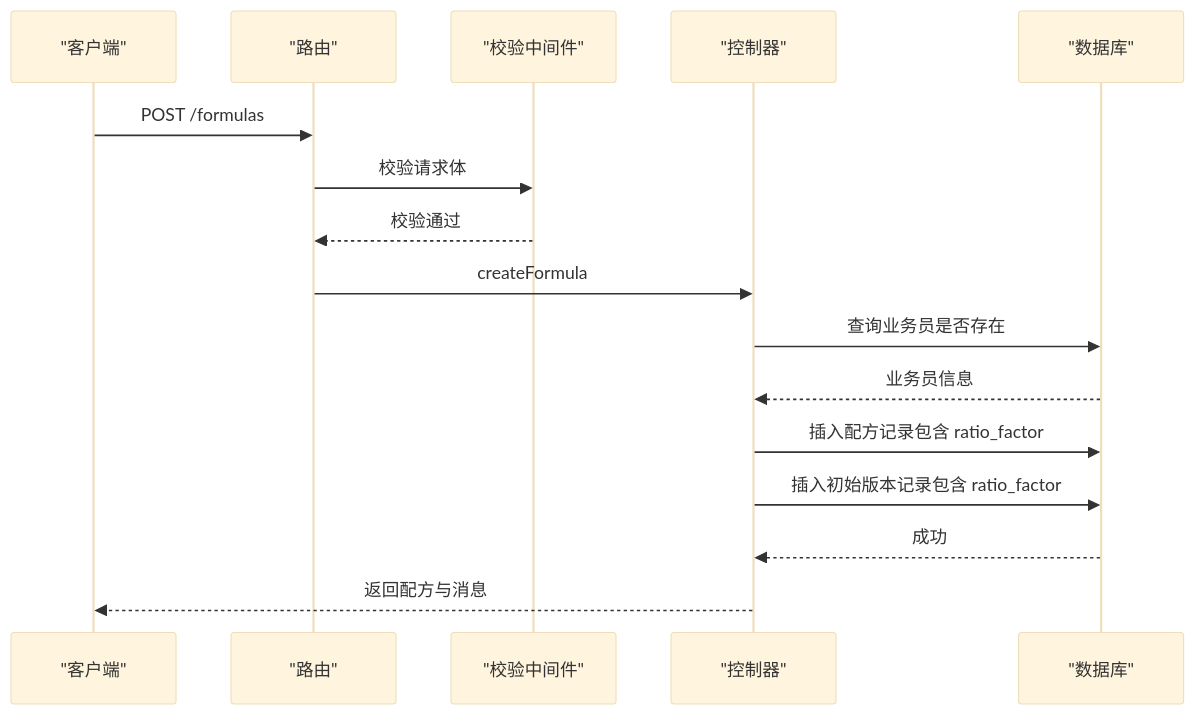
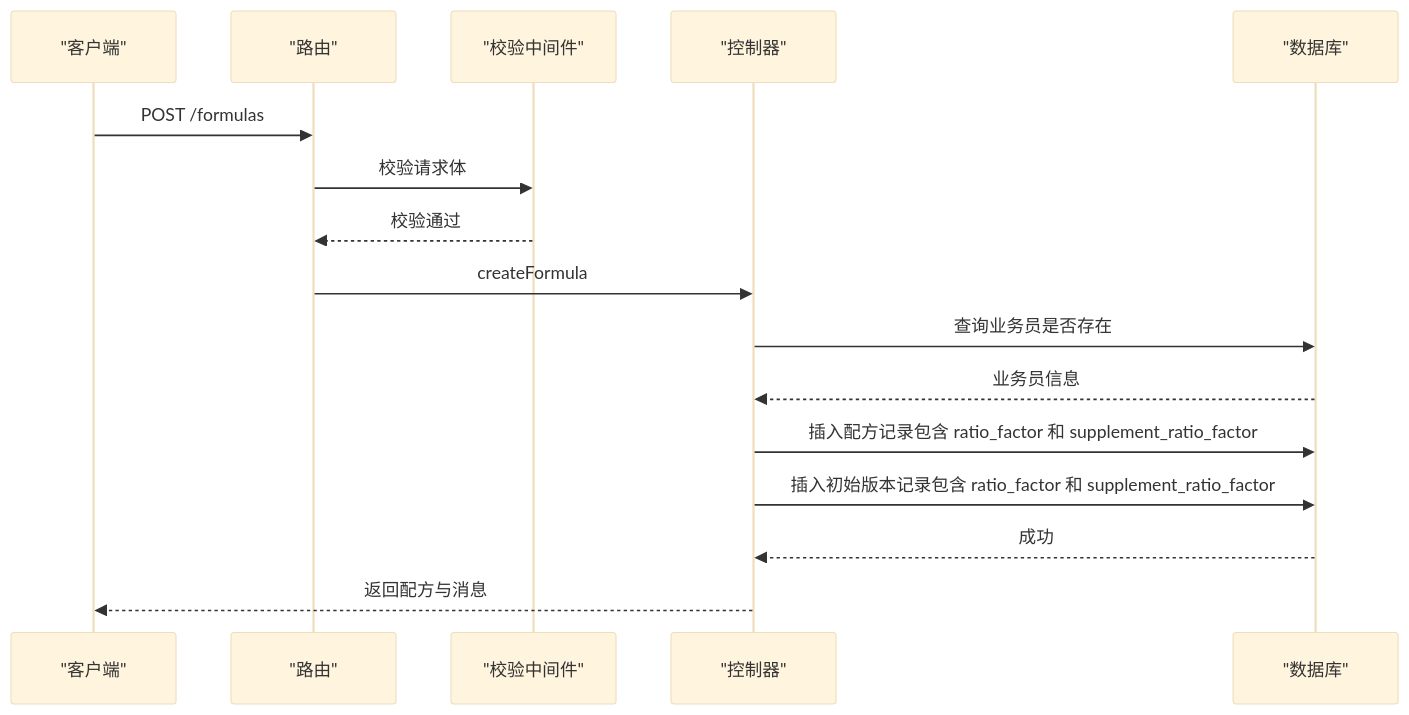
The fourth of 10 diagrams in .qoder/repowiki/zh/content/核心功能模块/配方管理系统/配方管理系统.md (xpretycn/TingStudio), drawn with Mermaid (base theme) before and after one commit. The commit also changed other lines of this file and 56 other files, not shown here.

````diff
--- a/.qoder/repowiki/zh/content/核心功能模块/配方管理系统/配方管理系统.md
+++ b/.qoder/repowiki/zh/content/核心功能模块/配方管理系统/配方管理系统.md
@@ -257,18 +282,18 @@
 ```mermaid
 sequenceDiagram
 participant C as "客户端"
 participant R as "路由"
 participant V as "校验中间件"
 participant Ctrl as "控制器"
 participant DB as "数据库"
 C->>R : POST /formulas
 R->>V : 校验请求体
 V-->>R : 校验通过
 R->>Ctrl : createFormula
 Ctrl->>DB : 查询业务员是否存在
 DB-->>Ctrl : 业务员信息
-Ctrl->>DB : 插入配方记录包含 ratio_factor
-Ctrl->>DB : 插入初始版本记录包含 ratio_factor
+Ctrl->>DB : 插入配方记录包含 ratio_factor 和 supplement_ratio_factor
+Ctrl->>DB : 插入初始版本记录包含 ratio_factor 和 supplement_ratio_factor
 DB-->>Ctrl : 成功
 Ctrl-->>C : 返回配方与消息
 ```
````
